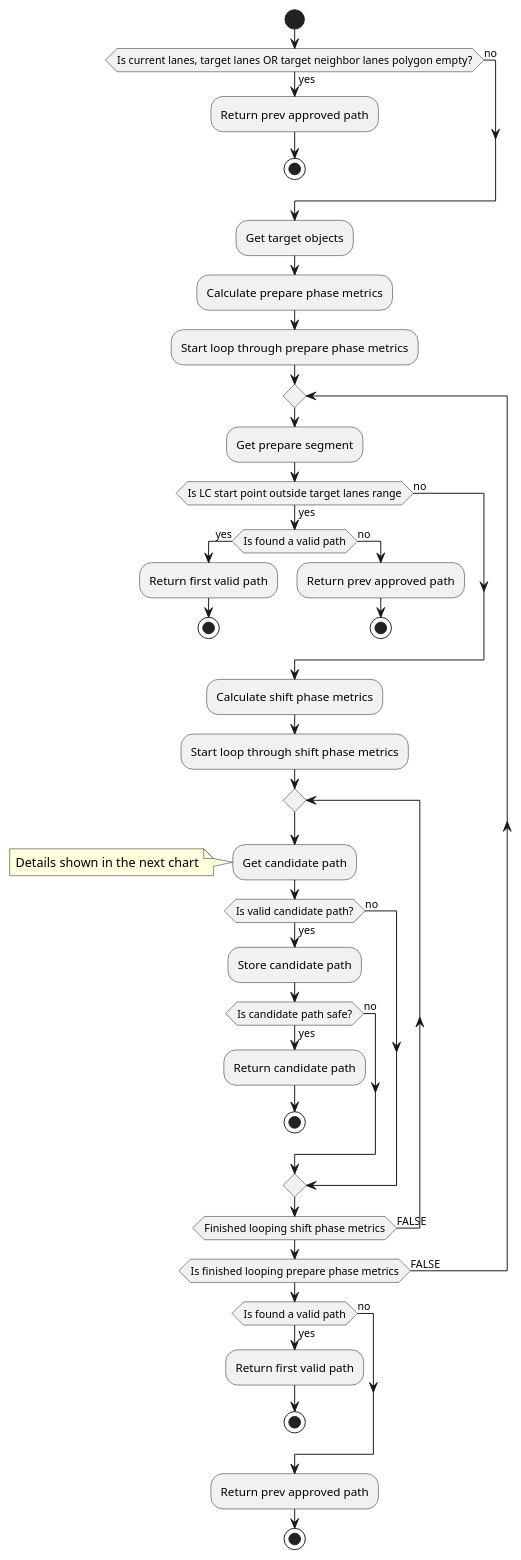
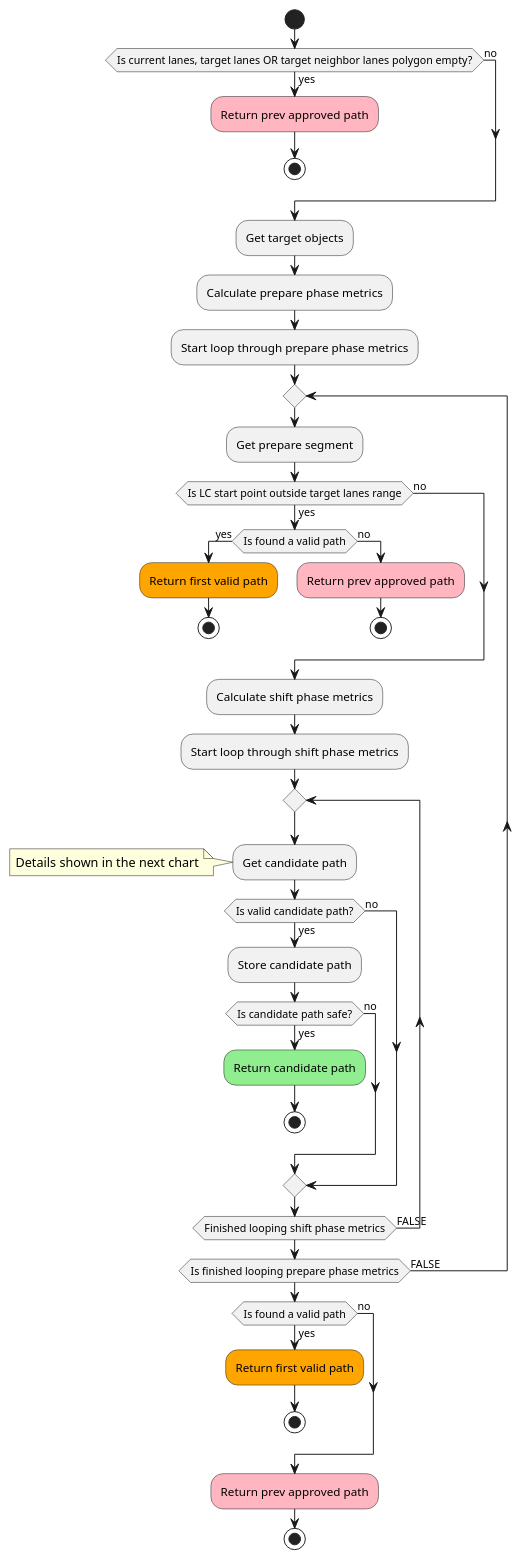
The first of 9 diagrams in planning/behavior_path_planner/autoware_behavior_path_lane_change_module/README.md (autowarefoundation/autoware.universe), drawn with PlantUML before and after one commit. The commit also changed other lines of this file, not shown here.

Commit message:
add colors to flow chart in README

````diff
--- a/planning/behavior_path_planner/autoware_behavior_path_lane_change_module/README.md
+++ b/planning/behavior_path_planner/autoware_behavior_path_lane_change_module/README.md
@@ -29,62 +29,62 @@
 ```plantuml
 @startuml
 skinparam defaultTextAlignment center
 skinparam backgroundColor #WHITE
 
 start
 
 if (Is current lanes, target lanes OR target neighbor lanes polygon empty?) then (yes)
-  :Return prev approved path;
+  #LightPink:Return prev approved path;
   stop
 else (no)
 endif
 
 :Get target objects;
 
 :Calculate prepare phase metrics;
 
 :Start loop through prepare phase metrics;
 
 repeat
   :Get prepare segment;
 
   if (Is LC start point outside target lanes range) then (yes)
     if (Is found a valid path) then (yes)
-      :Return first valid path;
+      #Orange:Return first valid path;
       stop
     else (no)
-      :Return prev approved path;
+      #LightPink:Return prev approved path;
       stop
     endif
   else (no)
   endif
 
   :Calculate shift phase metrics;
 
   :Start loop through shift phase metrics;
   repeat
     :Get candidate path;
     note left: Details shown in the next chart
     if (Is valid candidate path?) then (yes)
       :Store candidate path;
       if (Is candidate path safe?) then (yes)
-        :Return candidate path;
+        #LightGreen:Return candidate path;
         stop
       else (no)
       endif
     else (no)
     endif
     repeat while (Finished looping shift phase metrics) is (FALSE)
   repeat while (Is finished looping prepare phase metrics) is (FALSE)
 
 if (Is found a valid path) then (yes)
-  :Return first valid path;
+  #Orange:Return first valid path;
   stop
 else (no)
 endif
 
-:Return prev approved path;
+#LightPink:Return prev approved path;
 stop
 
 @enduml
 ```
````
